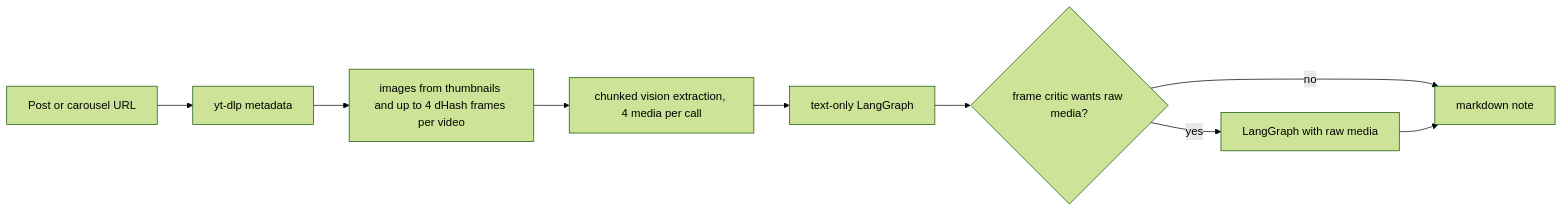
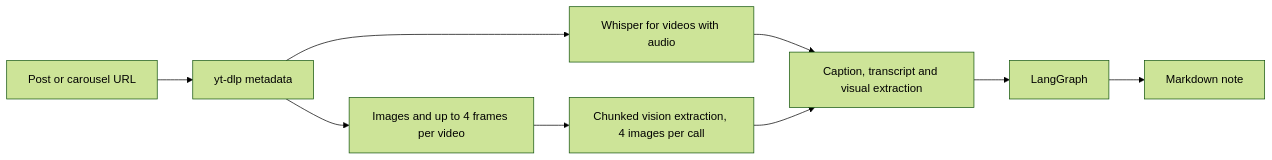
The second of 4 diagrams in README.md (TiagoSantos16/AI_Personal_Assistant), drawn with Mermaid (forest theme) before and after one commit. The commit also changed other lines of this file and 31 other files, not shown here.

````diff
--- a/README.md
+++ b/README.md
@@ -25,11 +24,11 @@
 ```mermaid
 flowchart LR
     A[Post or carousel URL] --> B[yt-dlp metadata]
-    B --> C[images from thumbnails and up to 4 dHash frames per video]
-    C --> D[chunked vision extraction, 4 media per call]
-    D --> E[text-only LangGraph]
-    E --> F{frame critic wants raw media?}
-    F -->|no| G[markdown note]
-    F -->|yes| H[LangGraph with raw media]
-    H --> G
+    B --> C[Images and up to 4 frames per video]
+    B --> D[Whisper for videos with audio]
+    C --> E[Chunked vision extraction, 4 images per call]
+    D --> F[Caption, transcript and visual extraction]
+    E --> F
+    F --> G[LangGraph]
+    G --> H[Markdown note]
 ```
````
